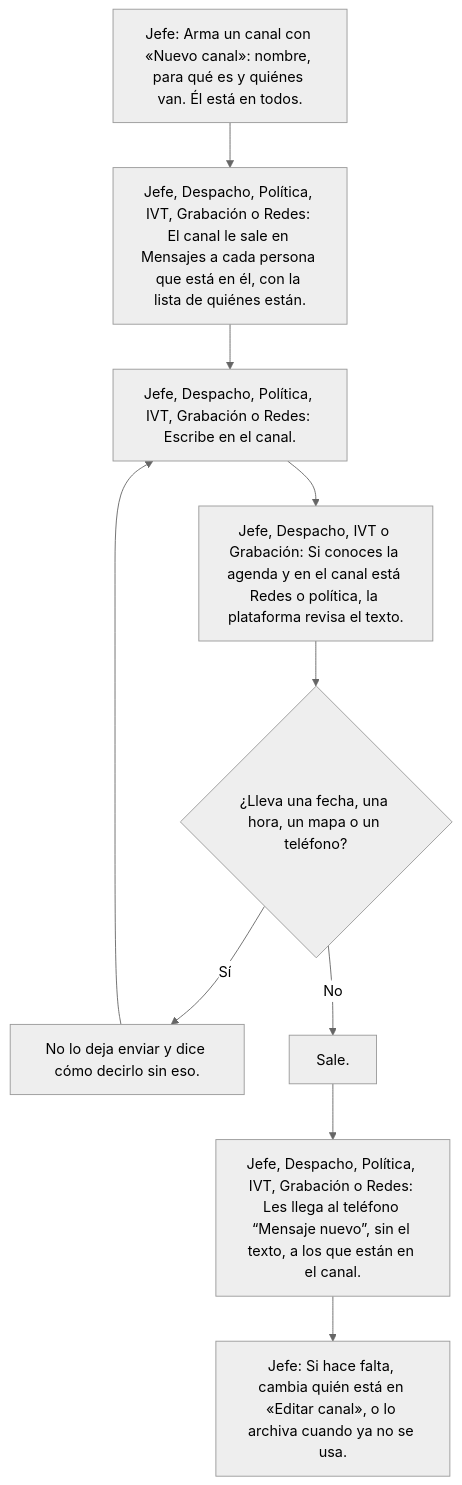
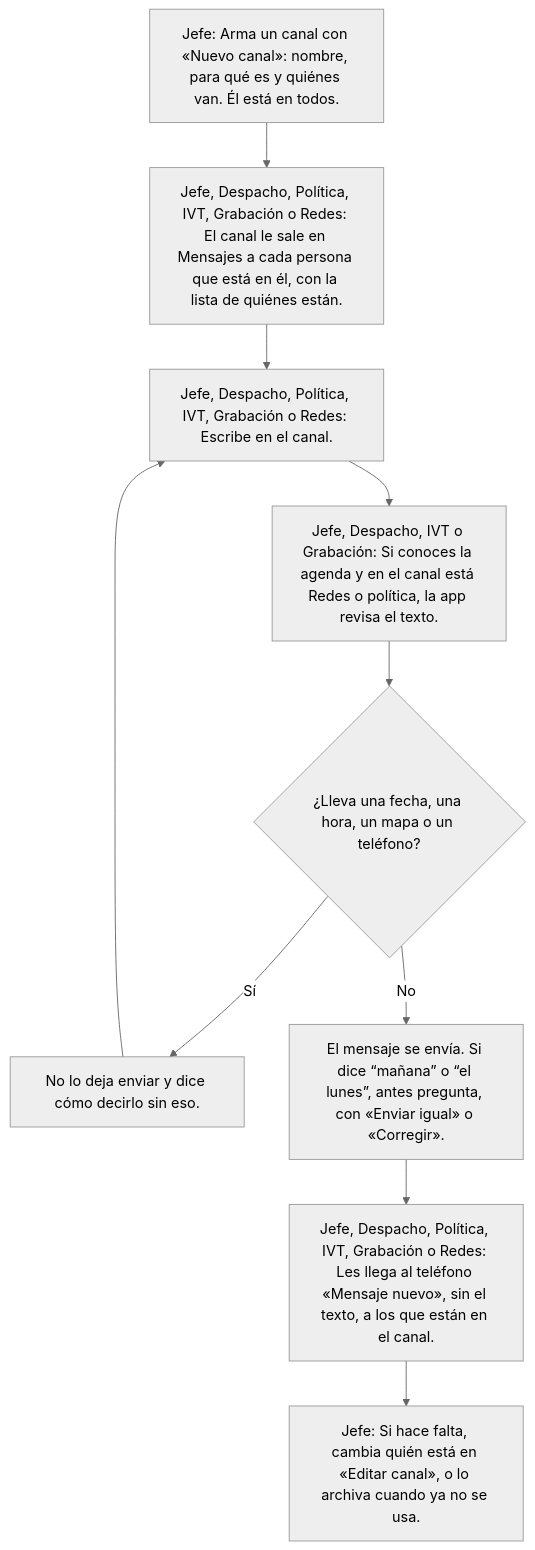
The eighth of 9 diagrams in app-freddy-bernal/docs/FLUJOS.md (fbvenezuela/Gestionapp), drawn with Mermaid (neutral theme) before and after one commit. The commit also changed other lines of this file and 44 other files, not shown here.

````diff
--- a/app-freddy-bernal/docs/FLUJOS.md
+++ b/app-freddy-bernal/docs/FLUJOS.md
@@ -290,18 +290,18 @@
 ```mermaid
 flowchart TD
   mensajes_arma["Jefe: Arma un canal con «Nuevo canal»: nombre, para qué es y quiénes van. Él está en todos."]
   mensajes_arma --> mensajes_entra
   mensajes_entra["Jefe, Despacho, Política, IVT, Grabación o Redes: El canal le sale en Mensajes a cada persona que está en él, con la lista de quiénes están."]
   mensajes_entra --> mensajes_escribe
   mensajes_escribe["Jefe, Despacho, Política, IVT, Grabación o Redes: Escribe en el canal."]
   mensajes_escribe --> mensajes_revisa
-  mensajes_revisa["Jefe, Despacho, IVT o Grabación: Si conoces la agenda y en el canal está Redes o política, la plataforma revisa el texto."]
+  mensajes_revisa["Jefe, Despacho, IVT o Grabación: Si conoces la agenda y en el canal está Redes o política, la app revisa el texto."]
   mensajes_revisa --> mensajes_revisa_q{"¿Lleva una fecha, una hora, un mapa o un teléfono?"}
   mensajes_revisa_q -- Sí --> mensajes_revisa_b1["No lo deja enviar y dice cómo decirlo sin eso."]
   mensajes_revisa_b1 --> mensajes_escribe
-  mensajes_revisa_q -- No --> mensajes_revisa_b2["Sale."]
+  mensajes_revisa_q -- No --> mensajes_revisa_b2["El mensaje se envía. Si dice “mañana” o “el lunes”, antes pregunta, con «Enviar igual» o «Corregir»."]
   mensajes_revisa_b2 --> mensajes_llega
-  mensajes_llega["Jefe, Despacho, Política, IVT, Grabación o Redes: Les llega al teléfono “Mensaje nuevo”, sin el texto, a los que están en el canal."]
+  mensajes_llega["Jefe, Despacho, Política, IVT, Grabación o Redes: Les llega al teléfono «Mensaje nuevo», sin el texto, a los que están en el canal."]
   mensajes_llega --> mensajes_miembros
   mensajes_miembros["Jefe: Si hace falta, cambia quién está en «Editar canal», o lo archiva cuando ya no se usa."]
 ```
````
